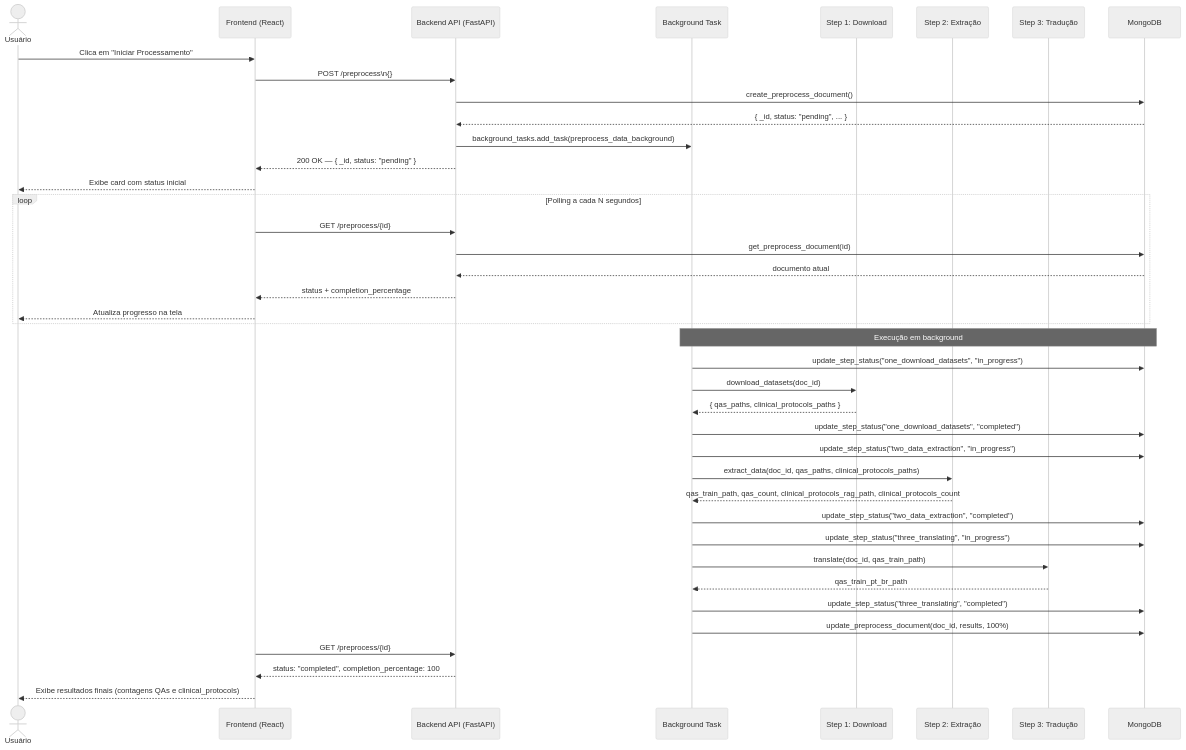
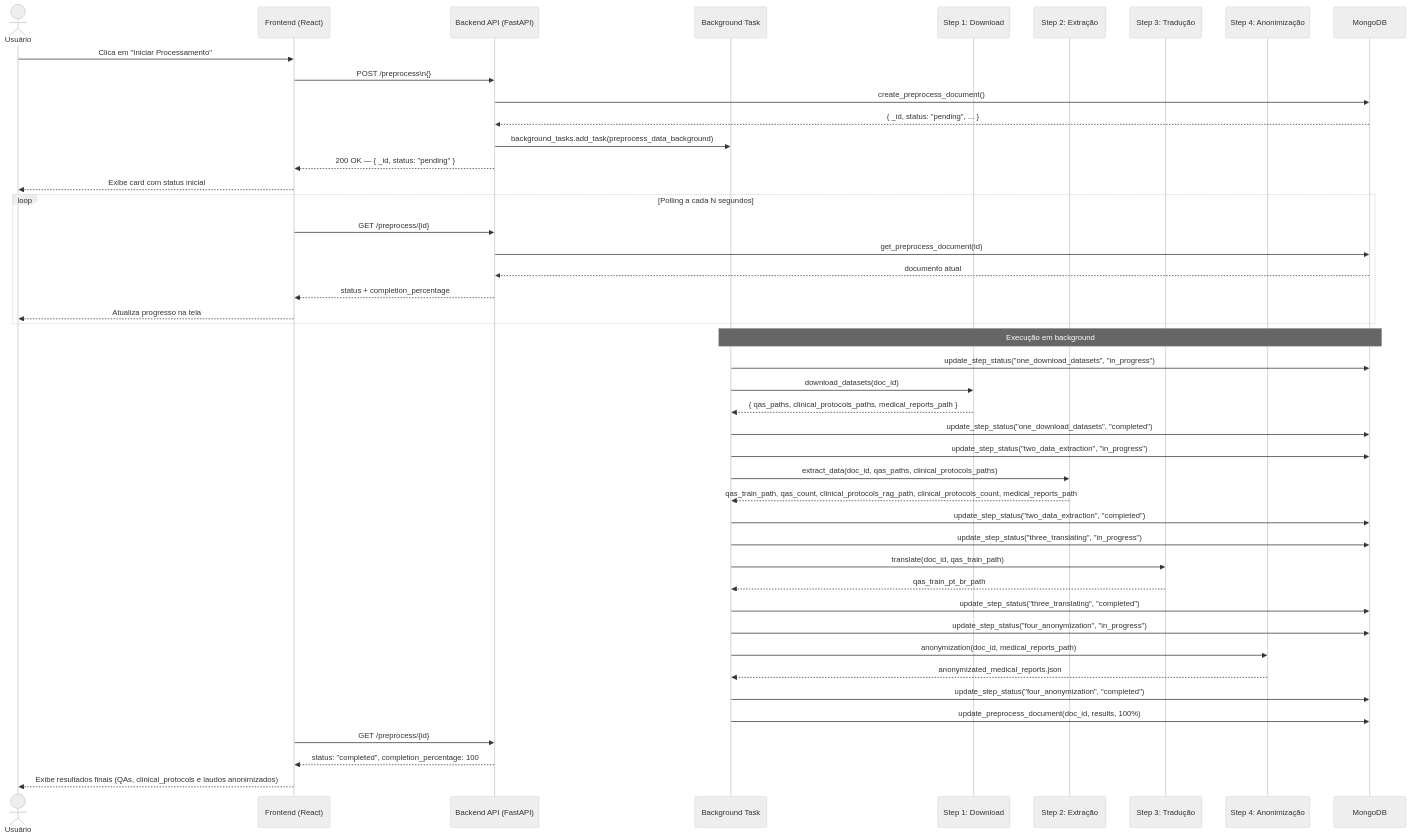
Before and after one commit to vagner-nascimento/fiap-pos-ia-para-devs-fase3-tech-challenge: the fifth of 7 diagrams in docs/architecture/README.md, drawn with Mermaid (neutral theme). The commit also changed other lines of this file and 6 other files, not shown here.

Commit message:
documentação clinical reports pre processamento e RAG

````diff
--- a/docs/architecture/README.md
+++ b/docs/architecture/README.md
@@ -218,49 +222,55 @@
 ```mermaid
 sequenceDiagram
     actor U as Usuário
     participant FE as Frontend (React)
     participant API as Backend API (FastAPI)
     participant BG as Background Task
     participant S1 as Step 1: Download
     participant S2 as Step 2: Extração
     participant S3 as Step 3: Tradução
+    participant S4 as Step 4: Anonimização
     participant DB as MongoDB
 
     U->>FE: Clica em "Iniciar Processamento"
     FE->>API: POST /preprocess\n{}
     API->>DB: create_preprocess_document()
     DB-->>API: { _id, status: "pending", ... }
     API->>BG: background_tasks.add_task(preprocess_data_background)
     API-->>FE: 200 OK — { _id, status: "pending" }
     FE-->>U: Exibe card com status inicial
 
     loop Polling a cada N segundos
         FE->>API: GET /preprocess/{id}
         API->>DB: get_preprocess_document(id)
         DB-->>API: documento atual
         API-->>FE: status + completion_percentage
         FE-->>U: Atualiza progresso na tela
     end
 
     Note over BG,DB: Execução em background
 
     BG->>DB: update_step_status("one_download_datasets", "in_progress")
     BG->>S1: download_datasets(doc_id)
-    S1-->>BG: { qas_paths, clinical_protocols_paths }
+    S1-->>BG: { qas_paths, clinical_protocols_paths, medical_reports_path }
     BG->>DB: update_step_status("one_download_datasets", "completed")
 
     BG->>DB: update_step_status("two_data_extraction", "in_progress")
     BG->>S2: extract_data(doc_id, qas_paths, clinical_protocols_paths)
-    S2-->>BG: qas_train_path, qas_count, clinical_protocols_rag_path, clinical_protocols_count
+    S2-->>BG: qas_train_path, qas_count, clinical_protocols_rag_path, clinical_protocols_count, medical_reports_path
     BG->>DB: update_step_status("two_data_extraction", "completed")
 
     BG->>DB: update_step_status("three_translating", "in_progress")
     BG->>S3: translate(doc_id, qas_train_path)
     S3-->>BG: qas_train_pt_br_path
     BG->>DB: update_step_status("three_translating", "completed")
 
+    BG->>DB: update_step_status("four_anonymization", "in_progress")
+    BG->>S4: anonymization(doc_id, medical_reports_path)
+    S4-->>BG: anonymizated_medical_reports.json
+    BG->>DB: update_step_status("four_anonymization", "completed")
+
     BG->>DB: update_preprocess_document(doc_id, results, 100%)
     FE->>API: GET /preprocess/{id}
     API-->>FE: status: "completed", completion_percentage: 100
-    FE-->>U: Exibe resultados finais (contagens QAs e clinical_protocols)
+    FE-->>U: Exibe resultados finais (QAs, clinical_protocols e laudos anonimizados)
 ```
````
